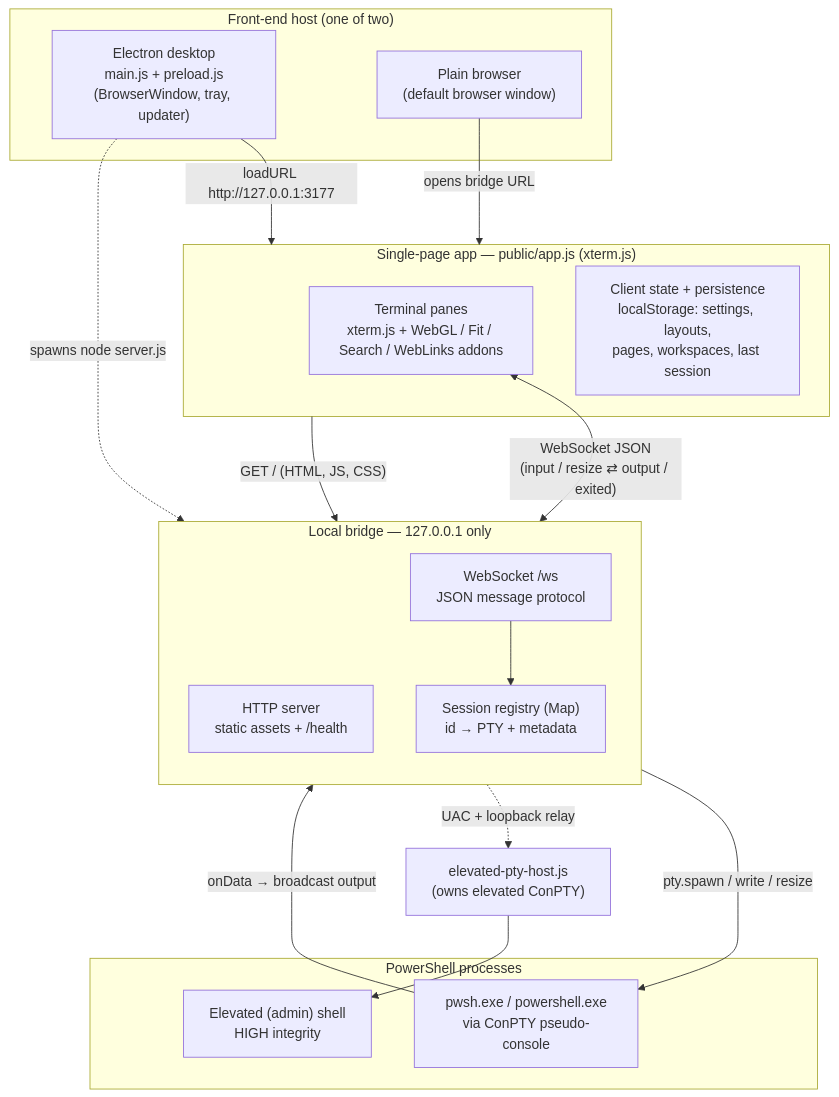
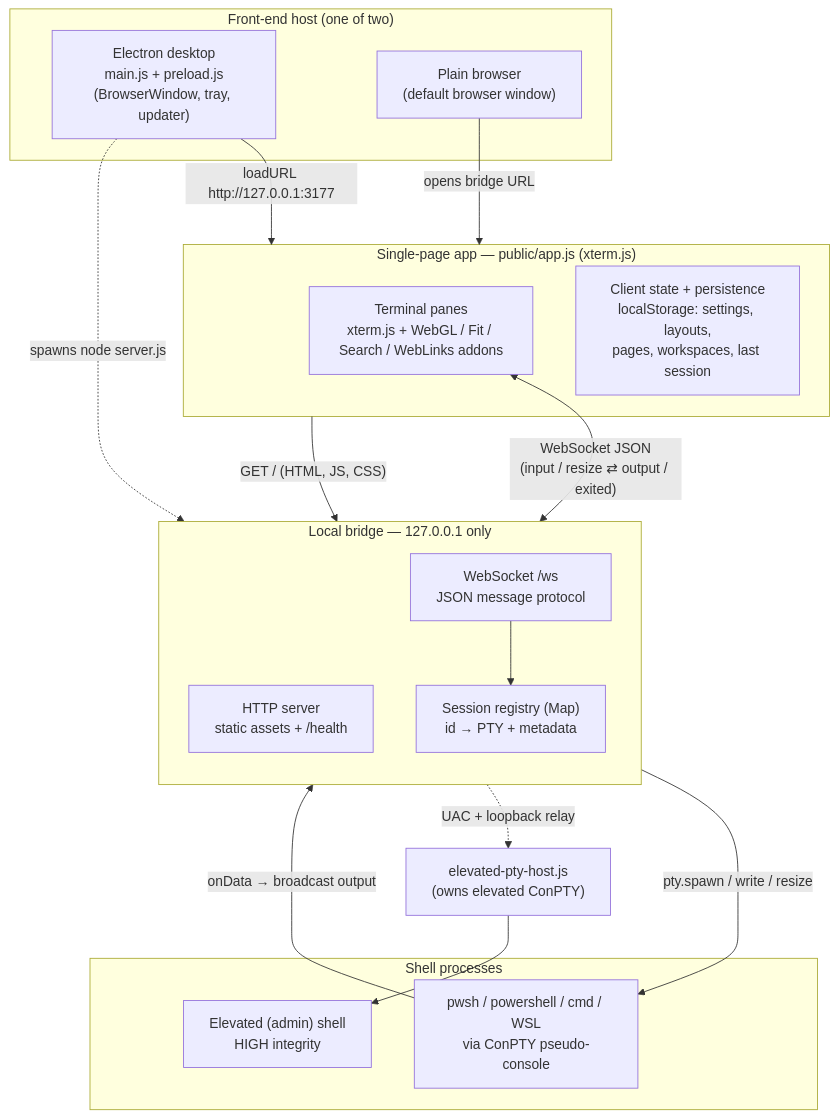
One commit to andrewtheart/multiterm-workbench changed the first of 2 diagrams in README.md. Above: the diagram before and after it, drawn with Mermaid. The commit also changed other lines of this file and 10 other files, not shown here.

````diff
--- a/README.md
+++ b/README.md
@@ -268,37 +285,37 @@
 ```mermaid
 flowchart TB
     subgraph host["Front-end host (one of two)"]
         electron["Electron desktop<br/>main.js + preload.js<br/>(BrowserWindow, tray, updater)"]
         browser["Plain browser<br/>(default browser window)"]
     end
 
     subgraph spa["Single-page app — public/app.js (xterm.js)"]
         panes["Terminal panes<br/>xterm.js + WebGL / Fit / Search / WebLinks addons"]
         clientstate["Client state + persistence<br/>localStorage: settings, layouts,<br/>pages, workspaces, last session"]
     end
 
     subgraph bridge["Local bridge — 127.0.0.1 only"]
         direction TB
         httpsrv["HTTP server<br/>static assets + /health"]
         wssrv["WebSocket /ws<br/>JSON message protocol"]
         sessions["Session registry (Map)<br/>id → PTY + metadata"]
     end
 
-    subgraph shells["PowerShell processes"]
-        pty1["pwsh.exe / powershell.exe<br/>via ConPTY pseudo-console"]
+    subgraph shells["Shell processes"]
+        pty1["pwsh / powershell / cmd / WSL<br/>via ConPTY pseudo-console"]
         elev["Elevated (admin) shell<br/>HIGH integrity"]
     end
 
     electron -->|"loadURL http://127.0.0.1:3177"| spa
     browser -->|"opens bridge URL"| spa
     electron -.->|"spawns node server.js"| bridge
 
     panes <-->|"WebSocket JSON<br/>(input / resize ⇄ output / exited)"| wssrv
     spa -->|"GET / (HTML, JS, CSS)"| httpsrv
     wssrv --> sessions
     sessions -->|"pty.spawn / write / resize"| pty1
     pty1 -->|"onData → broadcast output"| wssrv
 
     sessions -.->|"UAC + loopback relay"| elevhost["elevated-pty-host.js<br/>(owns elevated ConPTY)"]
     elevhost --> elev
 ```
````
